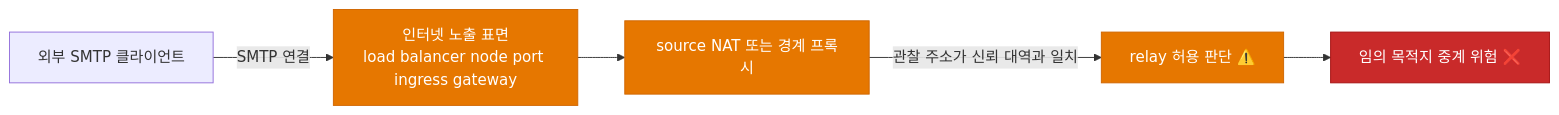
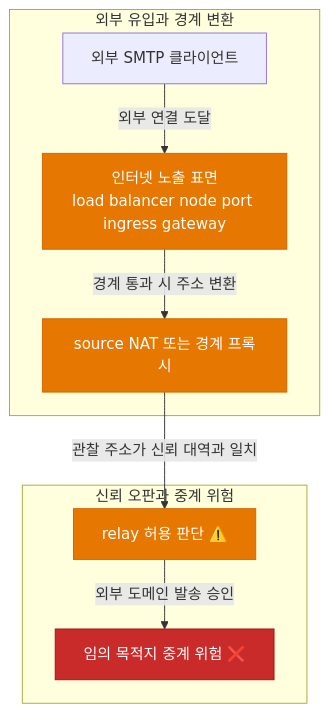
Before and after one commit to ibocon/ibocon: the second of 2 diagrams in blog/kubernetes-alertmanager-postfix-open-relay.md, drawn with Mermaid. The commit also changed other lines of this file and 5 other files, not shown here.

````diff
--- a/blog/kubernetes-alertmanager-postfix-open-relay.md
+++ b/blog/kubernetes-alertmanager-postfix-open-relay.md
@@ -69,12 +74,16 @@
 ```mermaid
-flowchart LR
-    A[외부 SMTP 클라이언트] -->|SMTP 연결| B[인터넷 노출 표면<br/>load balancer node port ingress gateway]
-    B --> C[source NAT 또는 경계 프록시]
-    C -->|관찰 주소가 신뢰 대역과 일치| D[relay 허용 판단 ⚠️]
-    D --> E[임의 목적지 중계 위험 ❌]
+flowchart TB
+    subgraph 외부 유입과 경계 변환
+        A[외부 SMTP 클라이언트] -->|외부 연결 도달| B[인터넷 노출 표면<br/>load balancer node port ingress gateway]
+        B -->|경계 통과 시 주소 변환| C[source NAT 또는 경계 프록시]
+    end
+    subgraph 신뢰 오판과 중계 위험
+        C -->|관찰 주소가 신뢰 대역과 일치| D[relay 허용 판단 ⚠️]
+        D -->|외부 도메인 발송 승인| E[임의 목적지 중계 위험 ❌]
+    end
 
     style B fill:#e67700,stroke:#d06600,color:#fff
     style C fill:#e67700,stroke:#d06600,color:#fff
     style D fill:#e67700,stroke:#d06600,color:#fff
     style E fill:#c92a2a,stroke:#a51111,color:#fff
 ```
````
